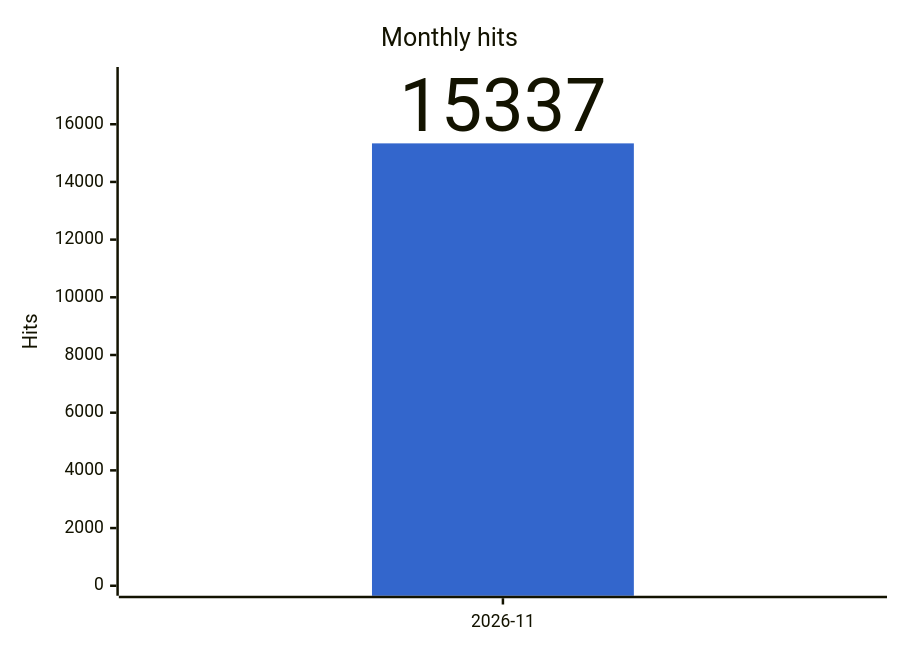
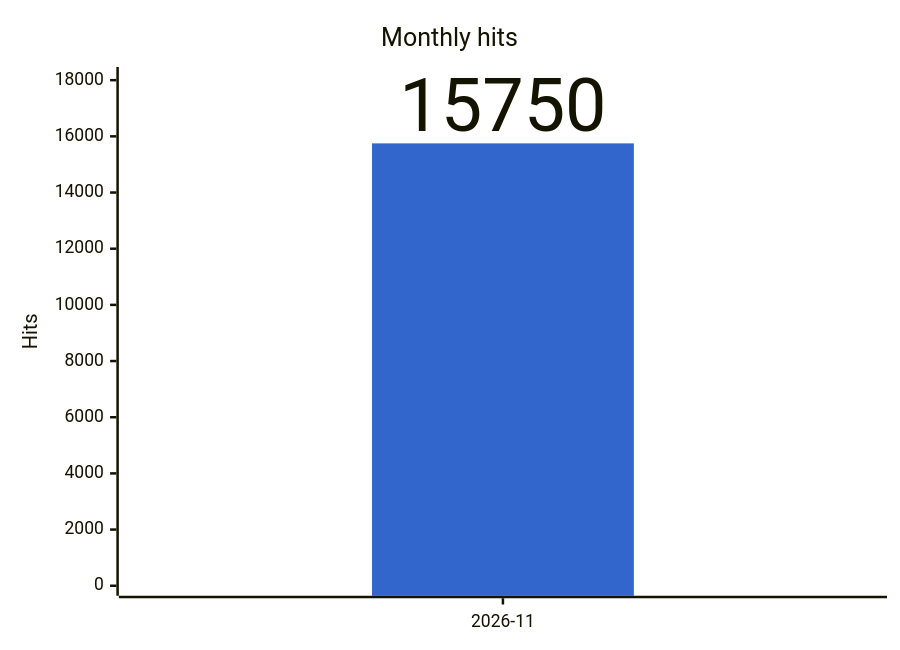
Before and after one commit to gmoulard/wikipedia2book: the fourth of 4 diagrams in docs/stats.md, drawn with Mermaid. The commit also changed other lines of this file and 3 other files, not shown here.

````diff
--- a/docs/stats.md
+++ b/docs/stats.md
@@ -54,8 +54,8 @@
 ```mermaid
 %%{init: {"xyChart": {"width": 700, "showDataLabel": true, "showDataLabelOutsideBar": true}, "themeVariables": {"xyChart": {"plotColorPalette": "#3366cc"}}}}%%
 xychart-beta
     title "Monthly hits"
     x-axis ["2026-11"]
-    y-axis "Hits" 0 --> 17638
-    bar [15337]
+    y-axis "Hits" 0 --> 18113
+    bar [15750]
 ```
````
